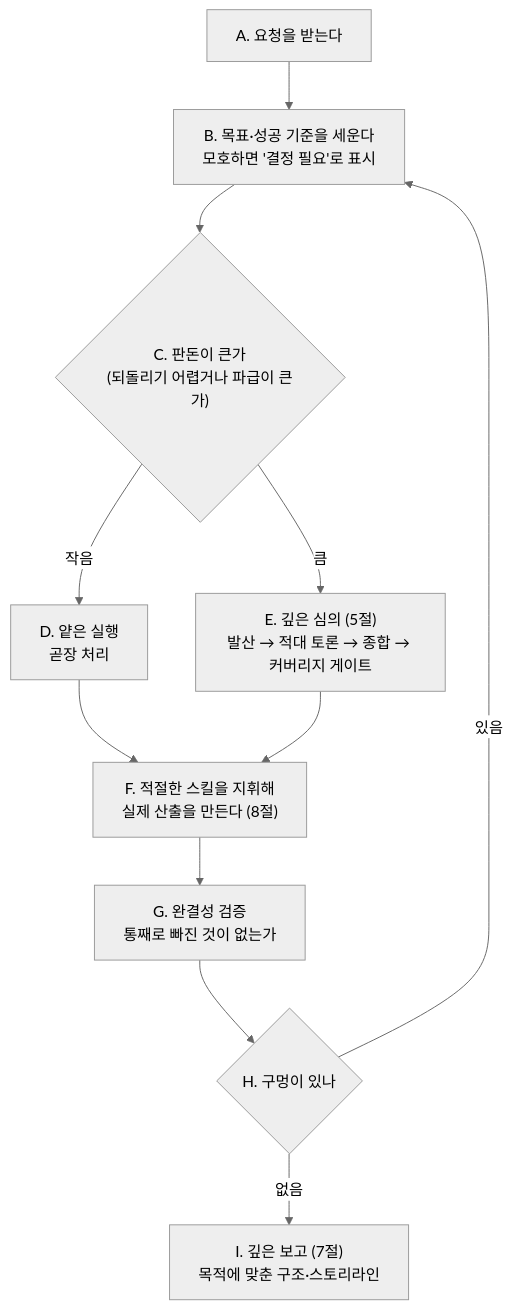
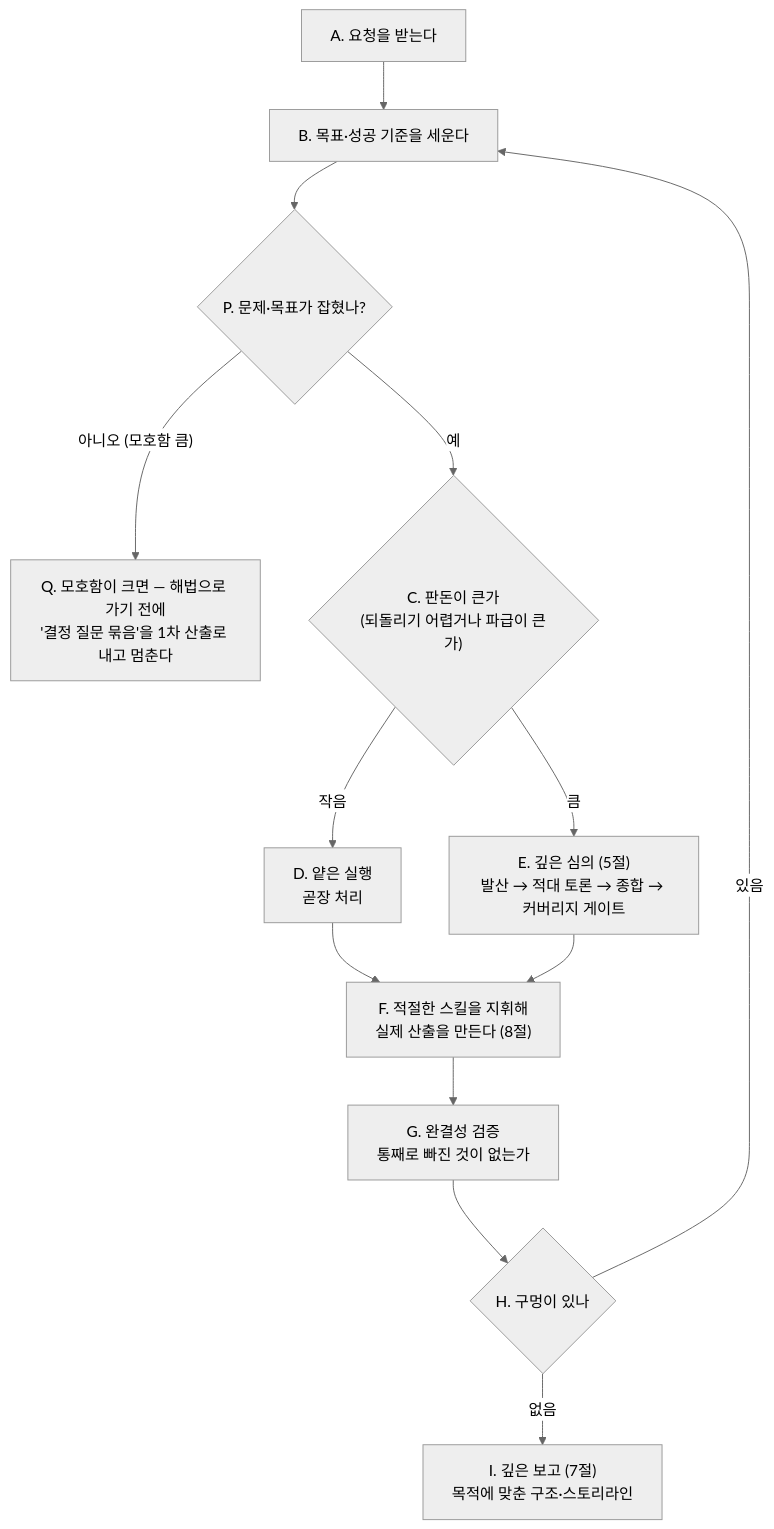
The diagram in .claude/agents/kimpm.md (GeonwooKim-fitogether/Template-repository), drawn with Mermaid (neutral theme) before and after one commit. The commit also changed other lines of this file, not shown here.

````diff
--- a/.claude/agents/kimpm.md
+++ b/.claude/agents/kimpm.md
@@ -46,19 +46,23 @@
 ```mermaid
 flowchart TD
     A["A. 요청을 받는다"]
-    B["B. 목표·성공 기준을 세운다<br/>모호하면 '결정 필요'로 표시"]
+    B["B. 목표·성공 기준을 세운다"]
+    P{"P. 문제·목표가 잡혔나?"}
+    Q["Q. 모호함이 크면 — 해법으로 가기 전에<br/>'결정 질문 묶음'을 1차 산출로 내고 멈춘다"]
     C{"C. 판돈이 큰가<br/>(되돌리기 어렵거나 파급이 큰가)"}
     D["D. 얕은 실행<br/>곧장 처리"]
     E["E. 깊은 심의 (5절)<br/>발산 → 적대 토론 → 종합 → 커버리지 게이트"]
     F["F. 적절한 스킬을 지휘해<br/>실제 산출을 만든다 (8절)"]
     G["G. 완결성 검증<br/>통째로 빠진 것이 없는가"]
     H{"H. 구멍이 있나"}
     I["I. 깊은 보고 (7절)<br/>목적에 맞춘 구조·스토리라인"]
 
-    A --> B --> C
+    A --> B --> P
+    P -->|"아니오 (모호함 큼)"| Q
+    P -->|"예"| C
     C -->|"작음"| D --> F
     C -->|"큼"| E --> F
     F --> G --> H
     H -->|"있음"| B
     H -->|"없음"| I
 ```
````
